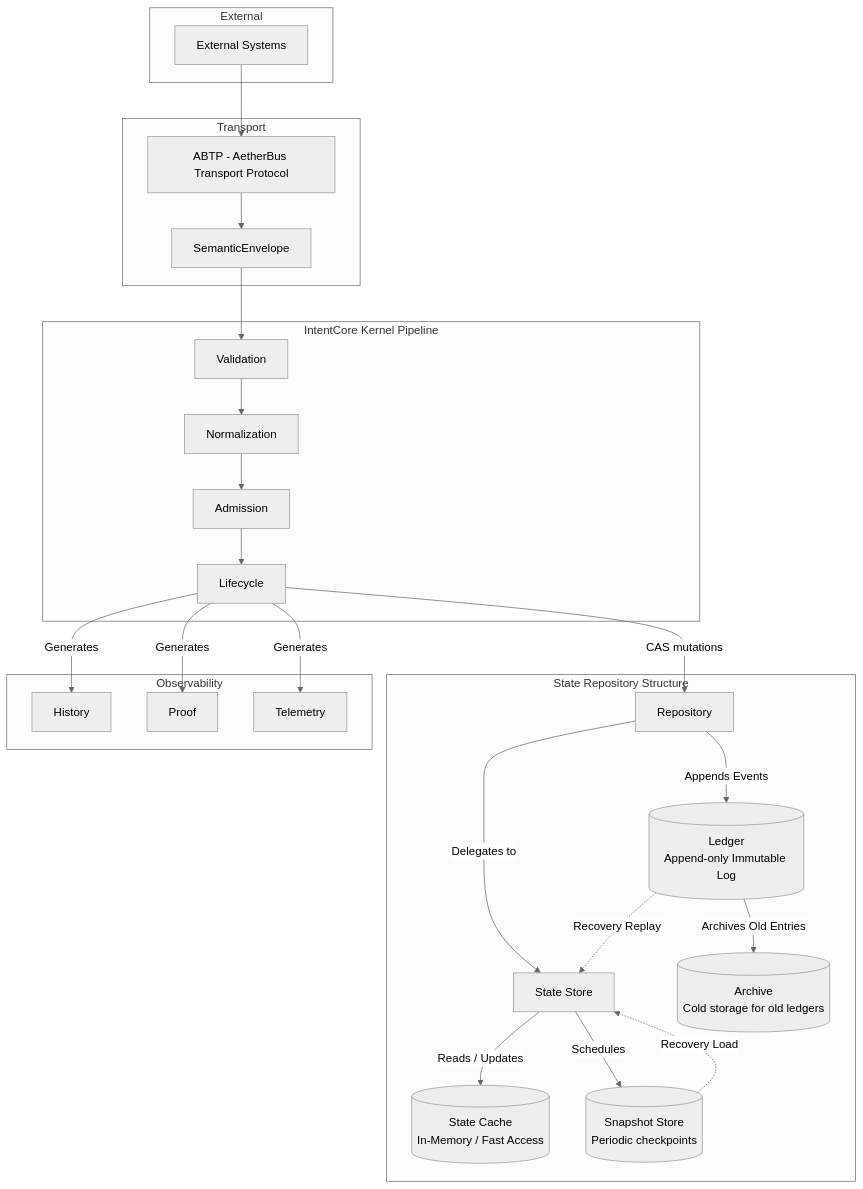
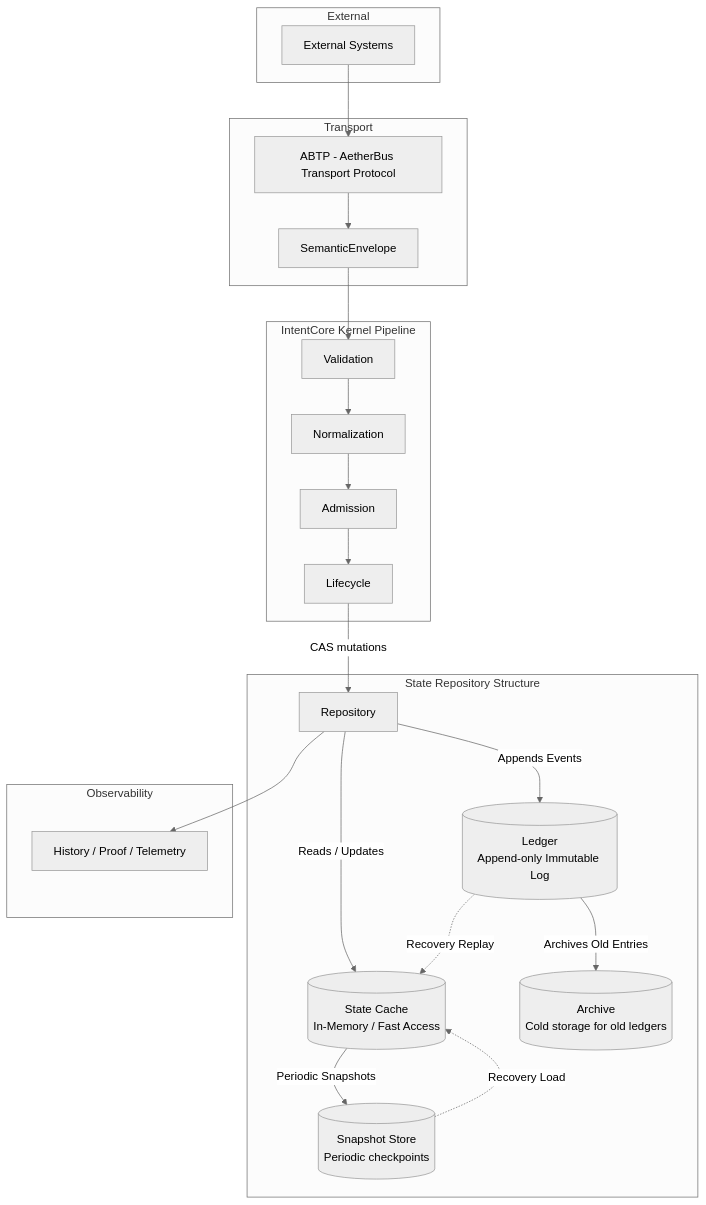
Before and after one commit to Orolar-CNR/IntentCore: the diagram in README.md, drawn with Mermaid (neutral theme). The commit also changed other lines of this file and 14 other files, not shown here.

````diff
--- a/README.md
+++ b/README.md
@@ -34,54 +28,46 @@
 ```mermaid
 graph TD
     subgraph External
         Ext[External Systems]
     end
 
     subgraph Transport
         ABTP[ABTP - AetherBus Transport Protocol]
         SE[SemanticEnvelope]
     end
 
     subgraph IntentCore Kernel Pipeline
         Val[Validation]
         Norm[Normalization]
         Adm[Admission]
         Life[Lifecycle]
     end
 
     subgraph State Repository Structure
         Repo[Repository]
-        StateStore[State Store]
         Cache[(State Cache<br>In-Memory / Fast Access)]
+        Ledger[(Ledger<br>Append-only Immutable Log)]
         Snap[(Snapshot Store<br>Periodic checkpoints)]
-        Ledger[(Ledger<br>Append-only Immutable Log)]
         Arch[(Archive<br>Cold storage for old ledgers)]
 
-        Repo -->|Delegates to| StateStore
+        Repo -->|Reads / Updates| Cache
         Repo -->|Appends Events| Ledger
-        StateStore -->|Reads / Updates| Cache
-        StateStore -->|Schedules| Snap
+        Cache -->|Periodic Snapshots| Snap
         Ledger -->|Archives Old Entries| Arch
+        Snap -.->|Recovery Load| Cache
+        Ledger -.->|Recovery Replay| Cache
     end
 
     subgraph Observability
-        Hist[History]
-        Proof[Proof]
-        Tele[Telemetry]
+        HPT[History / Proof / Telemetry]
     end
 
     Ext --> ABTP
     ABTP --> SE
     SE --> Val
     Val --> Norm
     Norm --> Adm
     Adm --> Life
-    Life -->|Generates| Hist
-    Life -->|Generates| Proof
-    Life -->|Generates| Tele
     Life -- "CAS mutations" --> Repo
-
-    %% Recovery paths
-    Snap -.->|Recovery Load| StateStore
-    Ledger -.->|Recovery Replay| StateStore
+    Repo --> HPT
 ```
````
